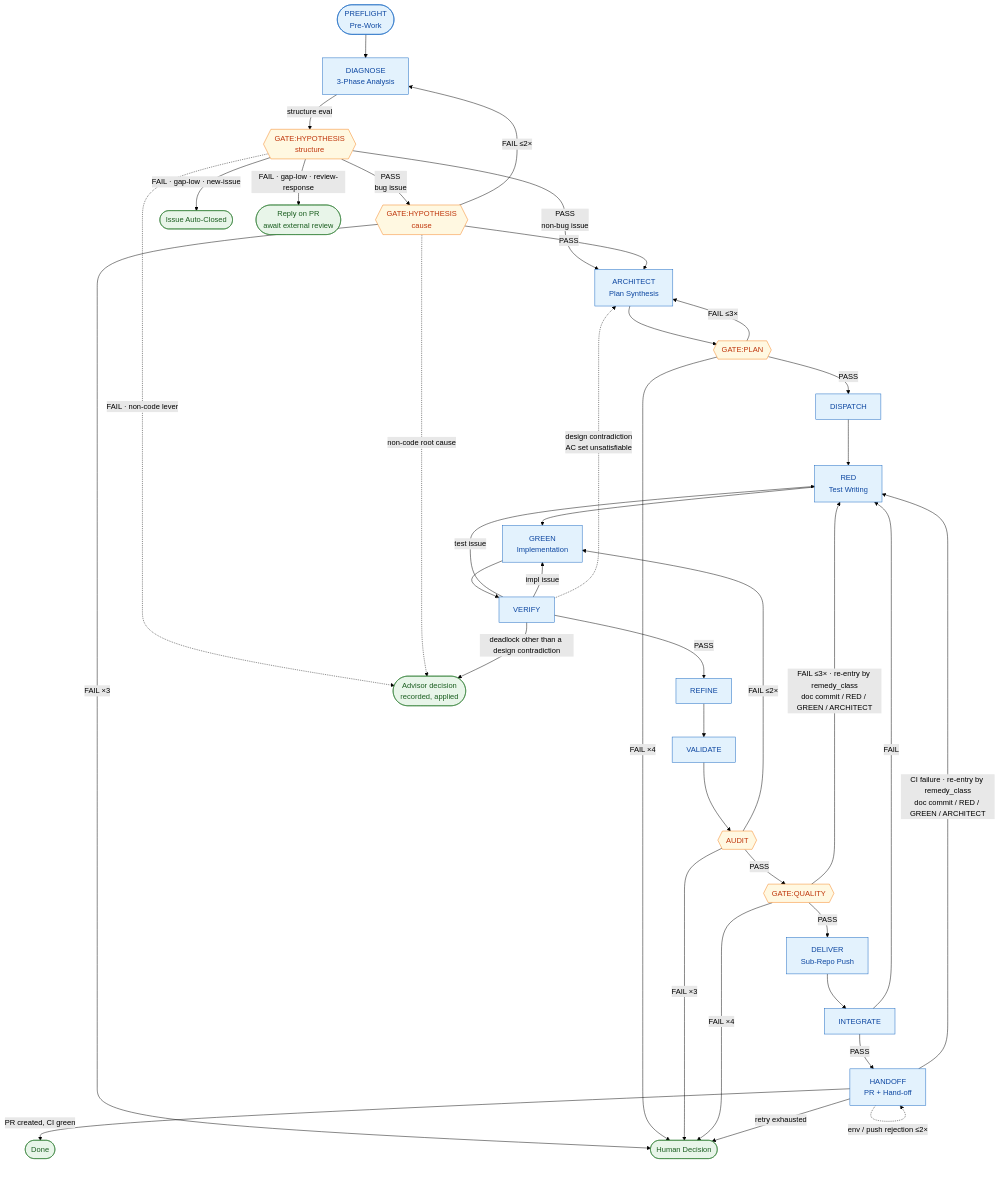
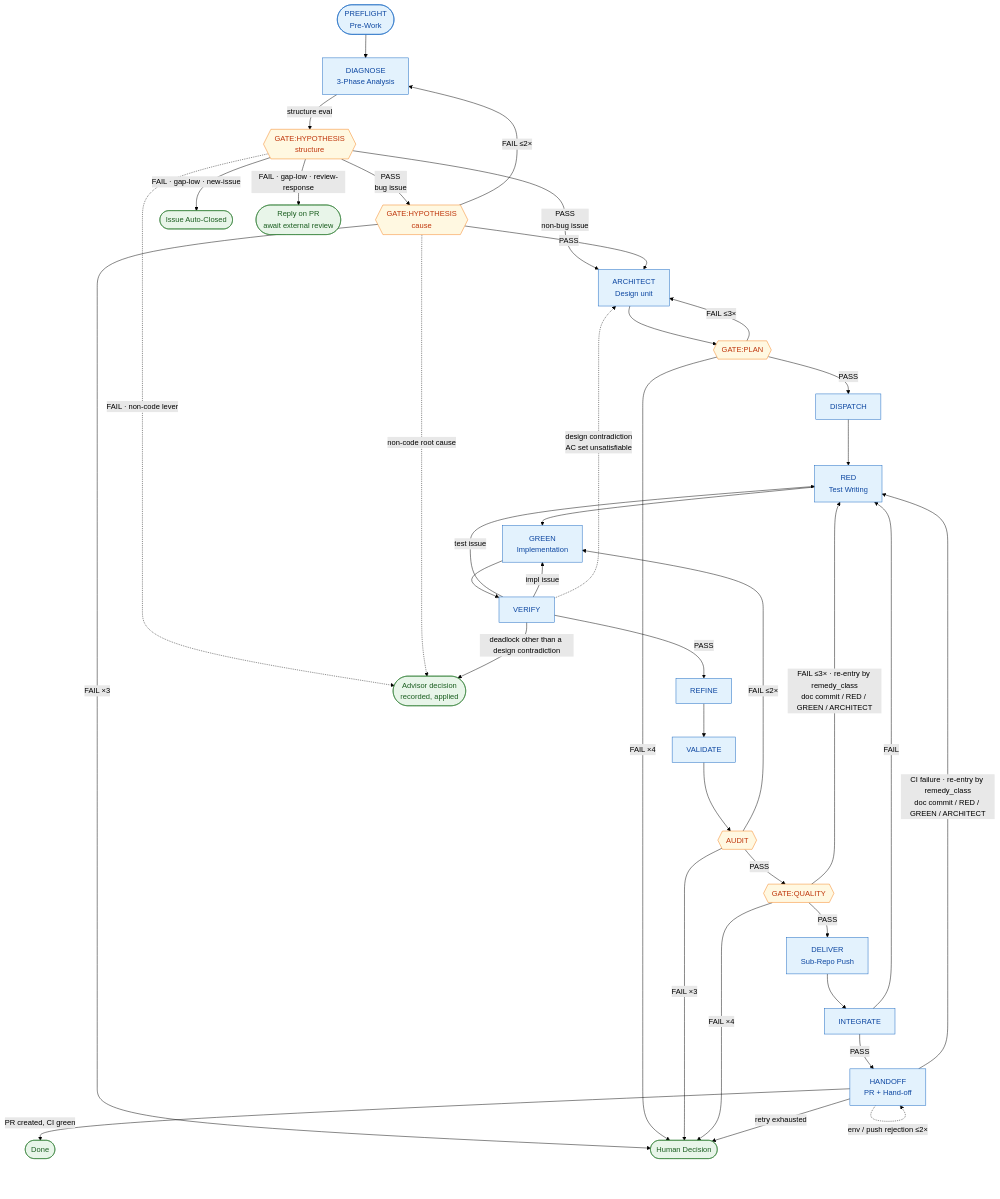
One commit to Munsik-Park/autoflow changed the diagram in docs/autoflow-guide.md. Above: the diagram before and after it, drawn with Mermaid (forest theme). The commit also changed 46 other files, not shown here.

First line of the commit message:
feat(#375): U3 Design unit replaces the ARCHITECT relay

````diff
--- a/docs/autoflow-guide.md
+++ b/docs/autoflow-guide.md
@@ -55,68 +55,68 @@
 ```mermaid
 flowchart TD
     PRE([PREFLIGHT<br/>Pre-Work]):::phase
     DIA[DIAGNOSE<br/>3-Phase Analysis]:::phase
     HYPS{{GATE:HYPOTHESIS<br/>structure}}:::gate
     HYPC{{GATE:HYPOTHESIS<br/>cause}}:::gate
-    ARC[ARCHITECT<br/>Plan Synthesis]:::phase
+    ARC[ARCHITECT<br/>Design unit]:::phase
     PLAN{{GATE:PLAN}}:::gate
     DIS[DISPATCH]:::phase
     RED[RED<br/>Test Writing]:::phase
     GREEN[GREEN<br/>Implementation]:::phase
     VER[VERIFY]:::phase
     REF[REFINE]:::phase
     VAL[VALIDATE]:::phase
     AUD{{AUDIT}}:::gate
     QUAL{{GATE:QUALITY}}:::gate
     DEL[DELIVER<br/>Sub-Repo Push]:::phase
     INT[INTEGRATE]:::phase
     HAND[HANDOFF<br/>PR + Hand-off]:::phase
     CLOSE([Issue Auto-Closed]):::terminal
     REVW([Reply on PR<br/>await external review]):::terminal
     DONE([Done]):::terminal
     HUMAN([Human Decision]):::terminal
     ADV([Advisor decision<br/>recorded, applied]):::terminal
 
     PRE --> DIA
     DIA -->|structure eval| HYPS
     HYPS -->|FAIL · gap-low · new-issue| CLOSE
     HYPS -->|FAIL · gap-low · review-response| REVW
     HYPS -.->|FAIL · non-code lever| ADV
     HYPS -->|PASS<br/>non-bug issue| ARC
     HYPS -->|PASS<br/>bug issue| HYPC
     HYPC -->|PASS| ARC
     HYPC -->|FAIL ≤2×| DIA
     HYPC -->|FAIL ×3| HUMAN
     HYPC -.->|non-code root cause| ADV
     ARC --> PLAN
     PLAN -->|PASS| DIS
     PLAN -->|FAIL ≤3×| ARC
     PLAN -->|FAIL ×4| HUMAN
     DIS --> RED
     RED --> GREEN
     GREEN --> VER
     VER -->|test issue| RED
     VER -->|impl issue| GREEN
     VER -->|deadlock other than a design contradiction| ADV
     VER -.->|design contradiction<br/>AC set unsatisfiable| ARC
     VER -->|PASS| REF
     REF --> VAL
     VAL --> AUD
     AUD -->|FAIL ≤2×| GREEN
     AUD -->|FAIL ×3| HUMAN
     AUD -->|PASS| QUAL
     QUAL -->|PASS| DEL
     QUAL -->|FAIL ≤3× · re-entry by remedy_class<br/>doc commit / RED / GREEN / ARCHITECT| RED
     QUAL -->|FAIL ×4| HUMAN
     DEL --> INT
     INT -->|FAIL| RED
     INT -->|PASS| HAND
     HAND -.->|env / push rejection ≤2×| HAND
     HAND -->|CI failure · re-entry by remedy_class<br/>doc commit / RED / GREEN / ARCHITECT| RED
     HAND -->|retry exhausted| HUMAN
     HAND -->|PR created, CI green| DONE
 
     classDef phase fill:#e3f2fd,stroke:#1565c0,color:#0d47a1
     classDef gate fill:#fff8e1,stroke:#f57f17,color:#bf360c
     classDef terminal fill:#e8f5e9,stroke:#2e7d32,color:#1b5e20
 ```
````
